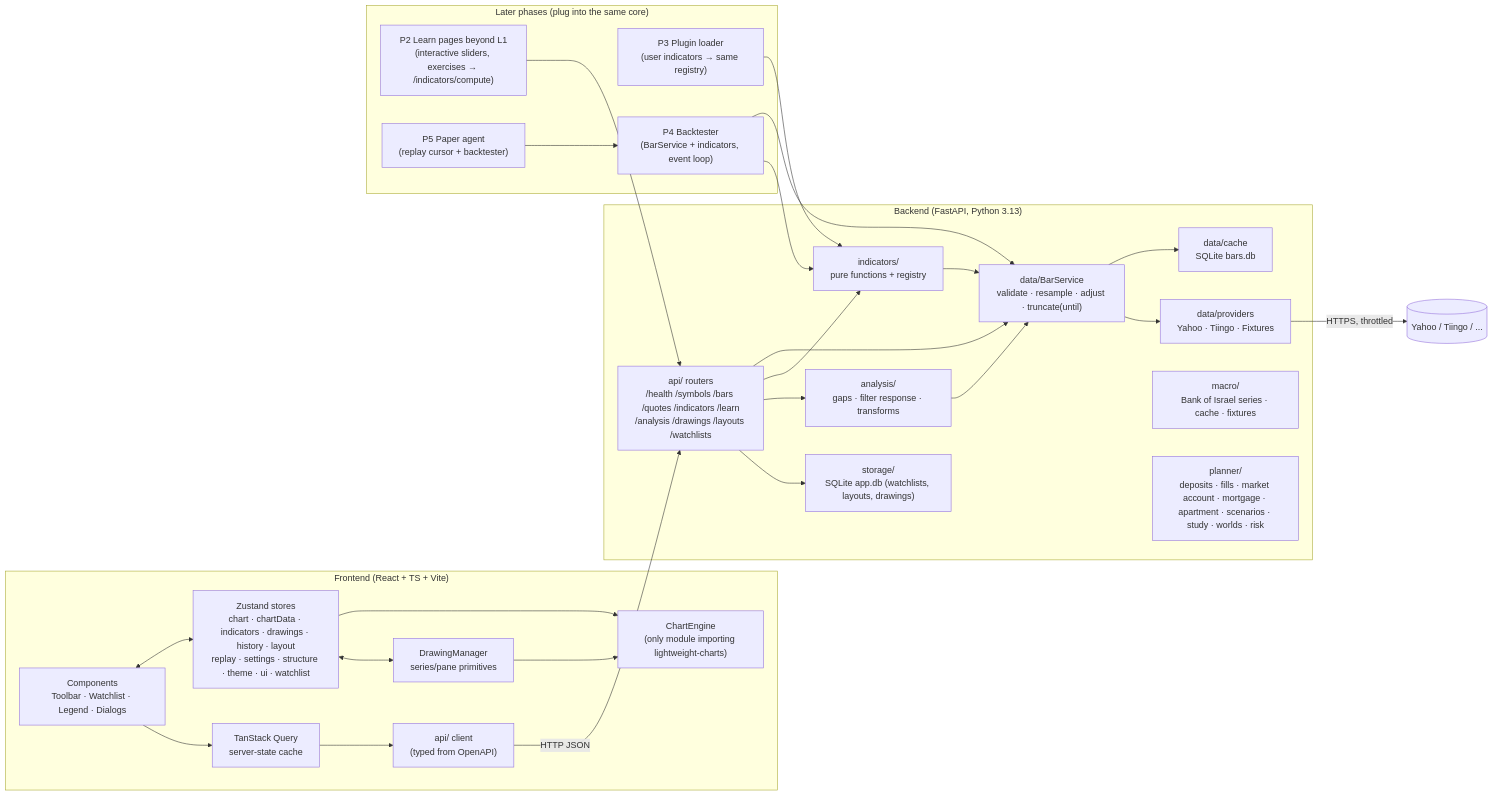
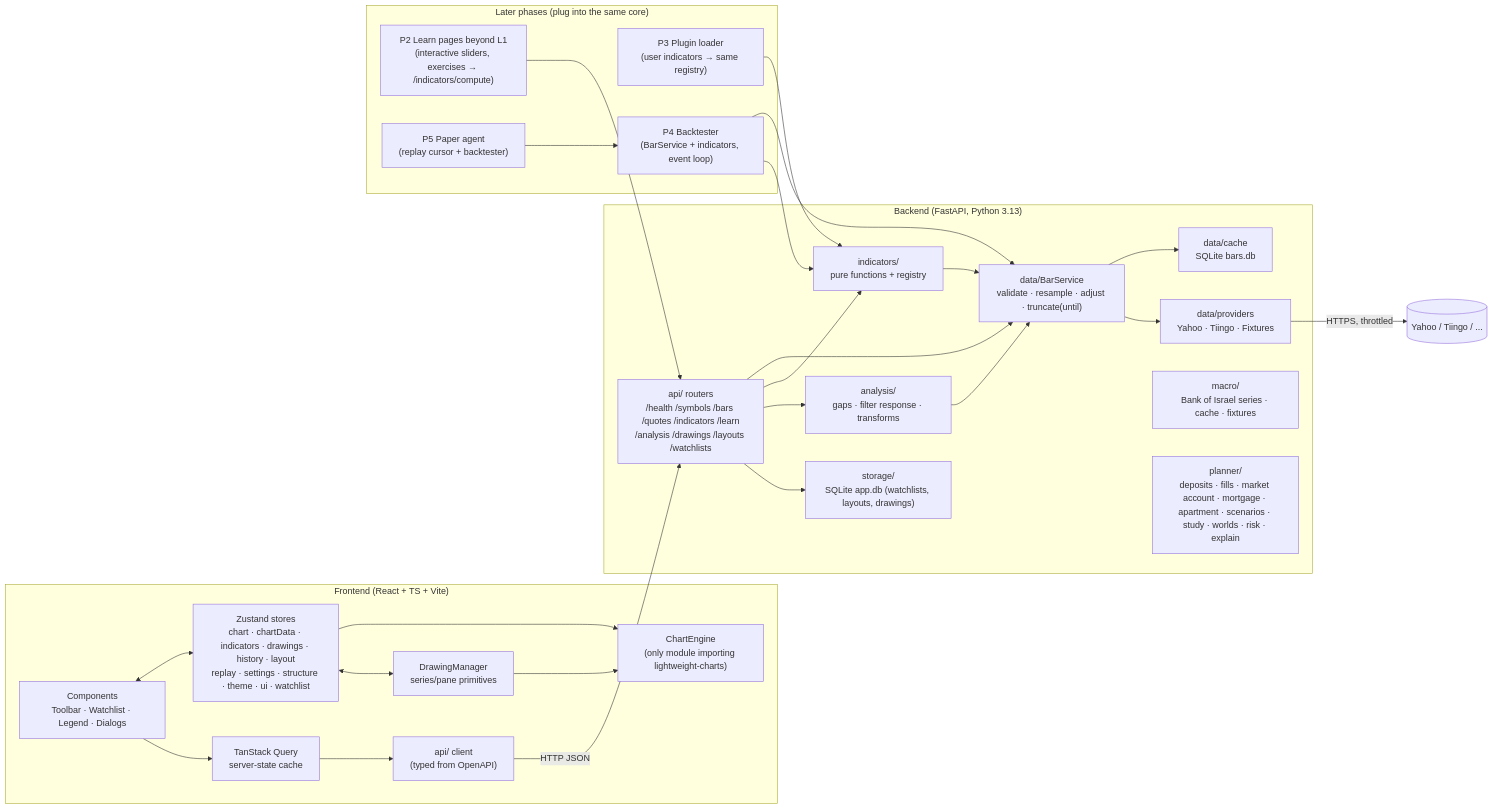
Before and after one commit to tamirgabgab/trade-nig-view: the first of 2 diagrams in docs/ARCHITECTURE.md, drawn with Mermaid. The commit also changed other lines of this file and 6 other files, not shown here.

First line of the commit message:
docs(planner): ADR 0023, the new fields of the scenario API, and H3c in the plan, ROADMAP, README and HANDOFF

````diff
--- a/docs/ARCHITECTURE.md
+++ b/docs/ARCHITECTURE.md
@@ -18,50 +18,50 @@
 ```mermaid
 flowchart LR
   subgraph Browser["Frontend (React + TS + Vite)"]
     UI["Components<br/>Toolbar · Watchlist · Legend · Dialogs"]
     Store["Zustand stores<br/>chart · chartData · indicators · drawings · history · layout<br/>replay · settings · structure · theme · ui · watchlist"]
     Query["TanStack Query<br/>server-state cache"]
     Engine["ChartEngine<br/>(only module importing lightweight-charts)"]
     Draw["DrawingManager<br/>series/pane primitives"]
     API["api/ client<br/>(typed from OpenAPI)"]
     UI <--> Store
     UI --> Query --> API
     Store --> Engine
     Draw --> Engine
     Store <--> Draw
   end
 
   subgraph Backend["Backend (FastAPI, Python 3.13)"]
     Routes["api/ routers<br/>/health /symbols /bars /quotes /indicators /learn<br/>/analysis /drawings /layouts /watchlists"]
     BarSvc["data/BarService<br/>validate · resample · adjust · truncate(until)"]
     Cache["data/cache<br/>SQLite bars.db"]
     Prov["data/providers<br/>Yahoo · Tiingo · Fixtures"]
     Macro["macro/<br/>Bank of Israel series · cache · fixtures"]
-    Plan["planner/<br/>deposits · fills · market account · mortgage · apartment · scenarios · study · worlds · risk"]
+    Plan["planner/<br/>deposits · fills · market account · mortgage · apartment · scenarios · study · worlds · risk · explain"]
     Ind["indicators/<br/>pure functions + registry"]
     Ana["analysis/<br/>gaps · filter response · transforms"]
     Store2["storage/<br/>SQLite app.db (watchlists, layouts, drawings)"]
     Routes --> BarSvc --> Cache
     BarSvc --> Prov
     Routes --> Ind
     Routes --> Ana
     Ind --> BarSvc
     Ana --> BarSvc
     Routes --> Store2
   end
 
   subgraph Future["Later phases (plug into the same core)"]
     Learn["P2 Learn pages beyond L1<br/>(interactive sliders, exercises → /indicators/compute)"]
     Plug["P3 Plugin loader<br/>(user indicators → same registry)"]
     BT["P4 Backtester<br/>(BarService + indicators, event loop)"]
     Agent["P5 Paper agent<br/>(replay cursor + backtester)"]
   end
 
   API -->|HTTP JSON| Routes
   Prov -->|HTTPS, throttled| Internet[(Yahoo / Tiingo / ...)]
   Learn --> Routes
   Plug --> Ind
   BT --> BarSvc
   BT --> Ind
   Agent --> BT
 ```
````
